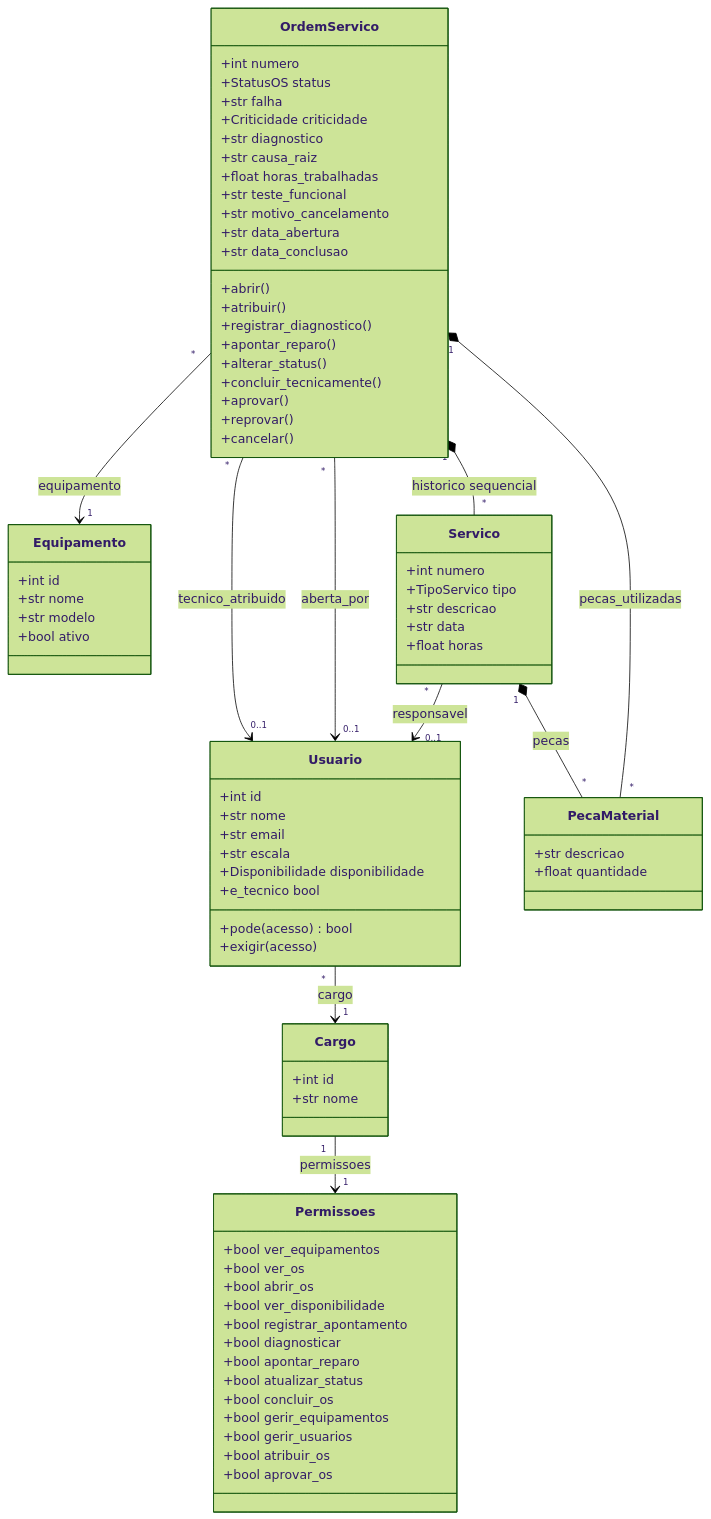
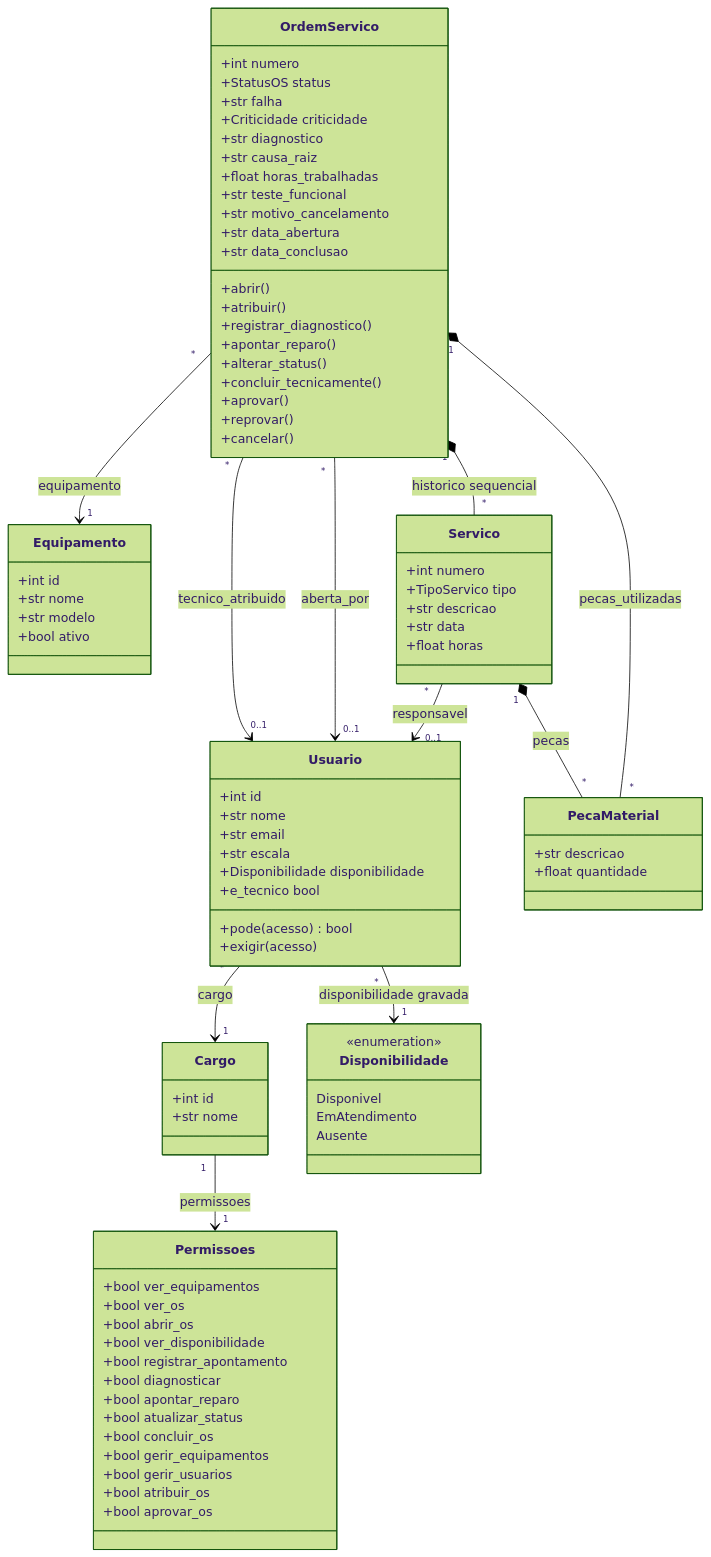
One commit to W3LLCR0S/sistema-gestao-manutencao changed the fourth of 7 diagrams in docs/DIAGRAMAS.md. Above: the diagram before and after it, drawn with Mermaid (forest theme). The commit also changed other lines of this file, not shown here.

First line of the commit message:
docs: align diagrams with layer rules, availability and state machine

```diff
--- a/docs/DIAGRAMAS.md
+++ b/docs/DIAGRAMAS.md
@@ -111,6 +134,12 @@
         +pode(acesso) bool
         +exigir(acesso)
         +e_tecnico bool
+    }
+    class Disponibilidade {
+        <<enumeration>>
+        Disponivel
+        EmAtendimento
+        Ausente
     }
     class Cargo {
         +int id
@@ -171,6 +200,7 @@
         +float quantidade
     }
     Usuario "*" --> "1" Cargo : cargo
+    Usuario "*" --> "1" Disponibilidade : disponibilidade gravada
     Cargo "1" --> "1" Permissoes : permissoes
     OrdemServico "*" --> "1" Equipamento : equipamento
     OrdemServico "*" --> "0..1" Usuario : tecnico_atribuido
```
